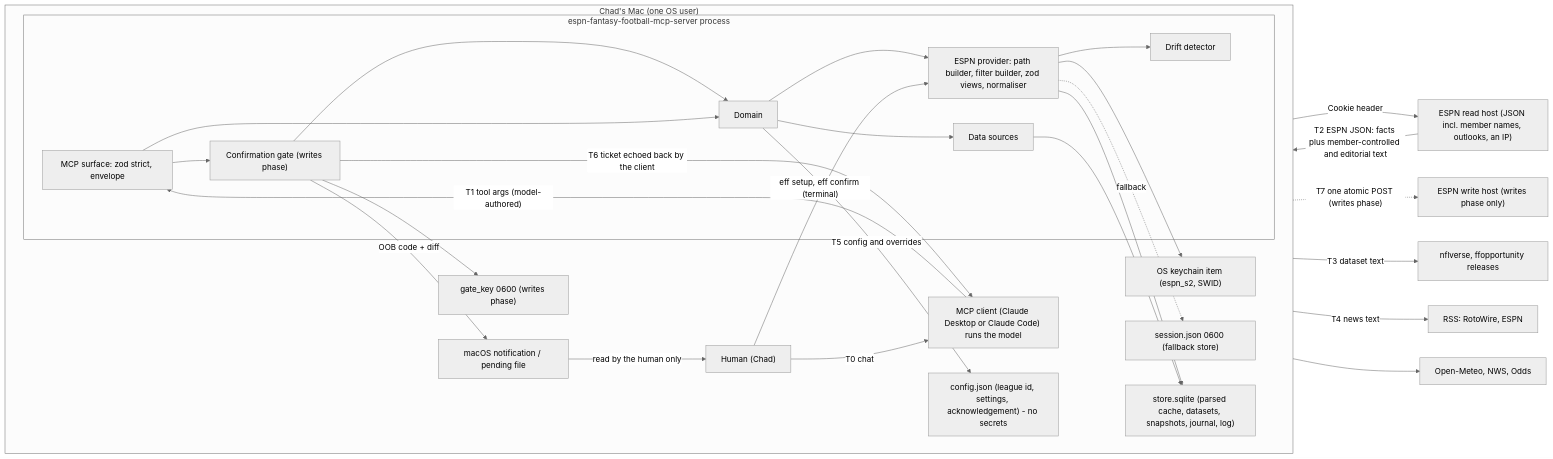
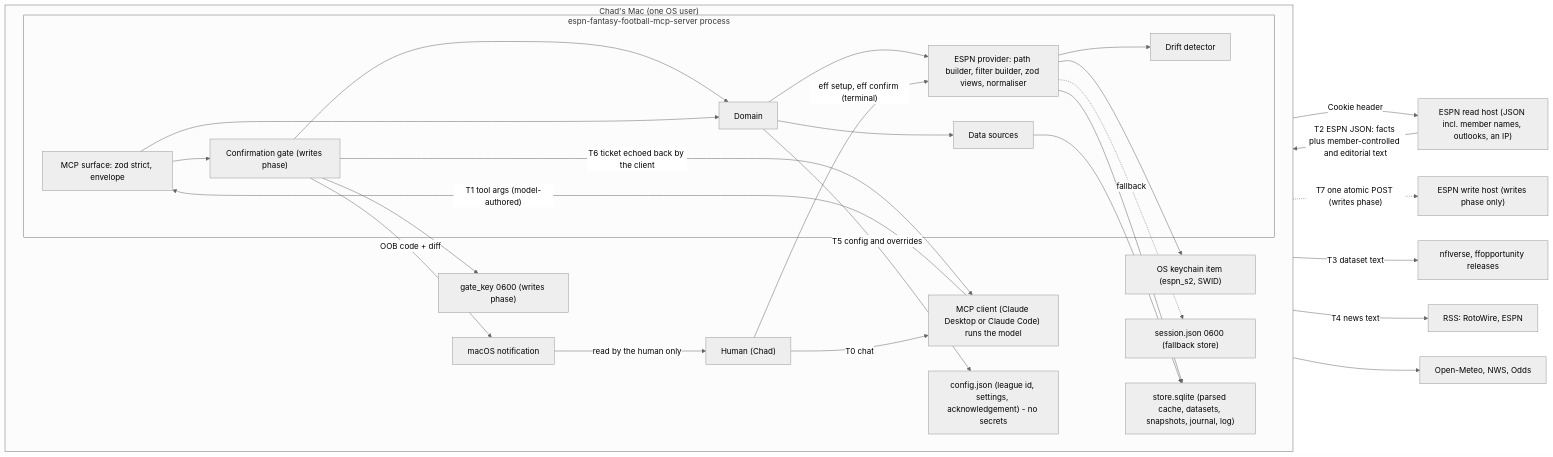
Before and after one commit to ChadPapineau/espn-fantasy-football-mcp: the first of 3 diagrams in docs/plan/02-security-architecture.md, drawn with Mermaid (neutral theme). The commit also changed other lines of this file and 5 other files, not shown here.

````diff
--- a/docs/plan/02-security-architecture.md
+++ b/docs/plan/02-security-architecture.md
@@ -35,51 +35,51 @@
 ```mermaid
 flowchart LR
   subgraph MACHINE["Chad's Mac (one OS user)"]
     direction LR
     USER["Human (Chad)"]
     CLIENT["MCP client (Claude Desktop or Claude Code) runs the model"]
     subgraph PROC["espn-fantasy-football-mcp-server process"]
       MCPS["MCP surface: zod strict, envelope"]
       GATE["Confirmation gate (writes phase)"]
       DOM["Domain"]
       PROV["ESPN provider: path builder, filter builder, zod views, normaliser"]
       DRIFT["Drift detector"]
       SRC["Data sources"]
     end
     KC["OS keychain item (espn_s2, SWID)"]
     CF["session.json 0600 (fallback store)"]
     GK["gate_key 0600 (writes phase)"]
     DB["store.sqlite (parsed cache, datasets, snapshots, journal, log)"]
     CFG["config.json (league id, settings, acknowledgement) - no secrets"]
-    NOTIF["macOS notification / pending file"]
+    NOTIF["macOS notification"]
   end
   ESPNR["ESPN read host (JSON incl. member names, outlooks, an IP)"]
   ESPNW["ESPN write host (writes phase only)"]
   NFLV["nflverse, ffopportunity releases"]
   NEWS["RSS: RotoWire, ESPN"]
   WX["Open-Meteo, NWS, Odds"]
 
   USER -- "T0 chat" --> CLIENT
   CLIENT -- "T1 tool args (model-authored)" --> MCPS
   MCPS --> GATE --> DOM
   MCPS --> DOM
   DOM --> PROV
   DOM --> SRC
   PROV -- "Cookie header" --> ESPNR
   ESPNR -- "T2 ESPN JSON: facts plus member-controlled and editorial text" --> PROV
   PROV --> DRIFT
   GATE -. "T7 one atomic POST (writes phase)" .-> ESPNW
   SRC -- "T3 dataset text" --> NFLV
   SRC -- "T4 news text" --> NEWS
   SRC --> WX
   PROV --> KC
   PROV -. "fallback" .-> CF
   PROV --> DB
   SRC --> DB
   DOM -- "T5 config and overrides" --> CFG
   GATE -- "T6 ticket echoed back by the client" --> CLIENT
   GATE --> GK
   GATE -- "OOB code + diff" --> NOTIF
   NOTIF -- "read by the human only" --> USER
   USER -- "eff setup, eff confirm (terminal)" --> PROV
 ```
````
